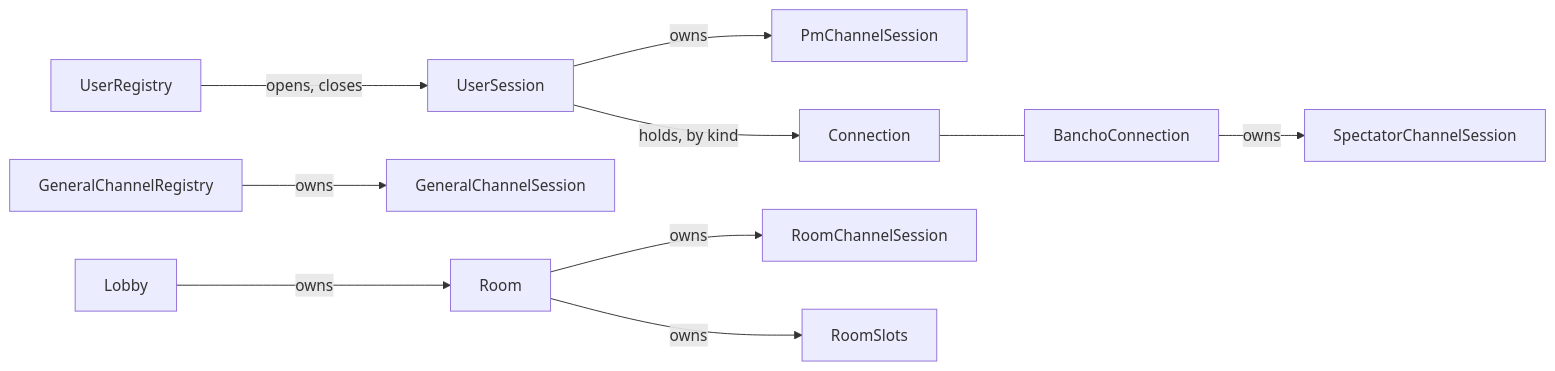
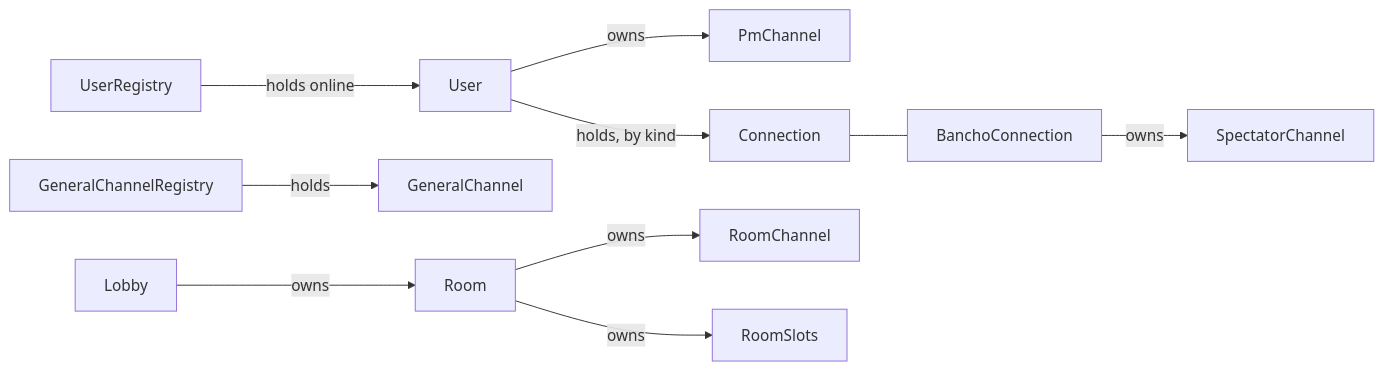
One commit to thnhmai06/osuBasil changed the first of 2 diagrams in docs/for-developers/architecture.md. Above: the diagram before and after it, drawn with Mermaid. The commit also changed other lines of this file and 4 other files, not shown here.

First line of the commit message:
docs: describe the object-owned services, the new layering and the renamed channel and user types

````diff
--- a/docs/for-developers/architecture.md
+++ b/docs/for-developers/architecture.md
@@ -163,12 +174,12 @@
 ```mermaid
 flowchart LR
-    UserRegistry -->|opens, closes| UserSession
-    UserSession -->|owns| PM[PmChannelSession]
-    UserSession -->|holds, by kind| Connection
+    UserRegistry -->|holds online| User
+    User -->|owns| PM[PmChannel]
+    User -->|holds, by kind| Connection
     Connection --- Bancho[BanchoConnection]
-    Bancho -->|owns| Spec[SpectatorChannelSession]
-    GeneralChannelRegistry -->|owns| General[GeneralChannelSession]
+    Bancho -->|owns| Spec[SpectatorChannel]
+    GeneralChannelRegistry -->|holds| General[GeneralChannel]
     Lobby -->|owns| Room
-    Room -->|owns| RoomChannel[RoomChannelSession]
+    Room -->|owns| RoomChannel[RoomChannel]
     Room -->|owns| RoomSlots
 ```
````
